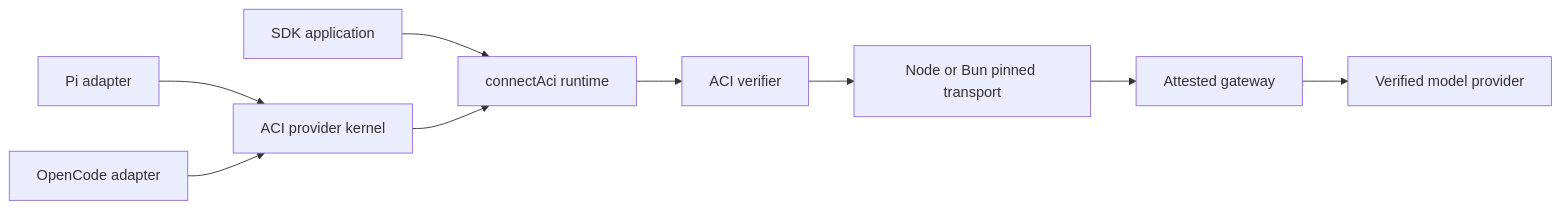
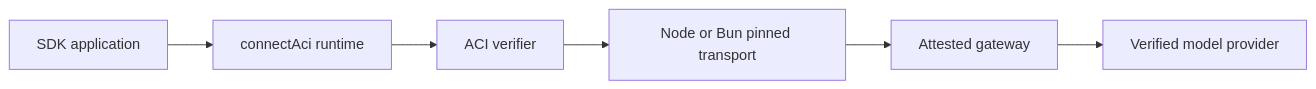
One commit to Dstack-TEE/private-ai-gateway changed the diagram in clients/architecture.md. Above: the diagram before and after it, drawn with Mermaid. The commit also changed other lines of this file and 100 other files, not shown here.

````diff
--- a/clients/architecture.md
+++ b/clients/architecture.md
@@ -20,11 +21,8 @@
 ```mermaid
 flowchart LR
   app[SDK application] --> runtime[connectAci runtime]
-  pi[Pi adapter] --> provider[ACI provider kernel]
-  oc[OpenCode adapter] --> provider
-  provider --> runtime
   runtime --> verifier[ACI verifier]
   verifier --> transport[Node or Bun pinned transport]
   transport --> gateway[Attested gateway]
   gateway --> upstream[Verified model provider]
 ```
````
